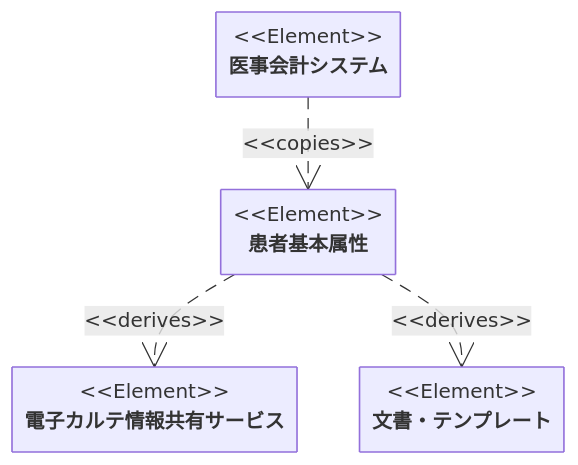
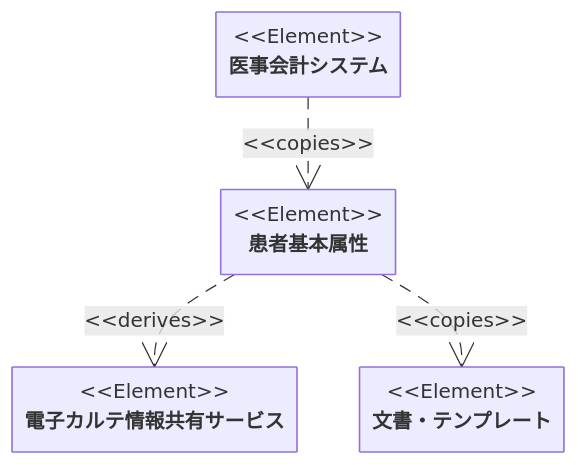
The diagram in 患者基本属性/README.md (aimerzarashi/clinic-system-design), drawn with Mermaid before and after one commit. The commit also changed 5 other files, not shown here.

````diff
--- a/患者基本属性/README.md
+++ b/患者基本属性/README.md
@@ -3,19 +3,19 @@
 ```mermaid
 requirementDiagram
 
   element "患者基本属性" {
   }
 
   element "医事会計システム" {
   }
 
   element "電子カルテ情報共有サービス" {
   }
 
   element "文書・テンプレート" {
   }
 
   "医事会計システム" - copies -> "患者基本属性"
   "患者基本属性" - derives -> "電子カルテ情報共有サービス"
-  "患者基本属性" - derives -> "文書・テンプレート"
+  "患者基本属性" - copies -> "文書・テンプレート"
 ```
````
